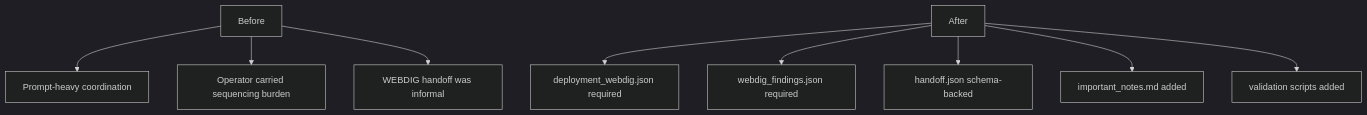
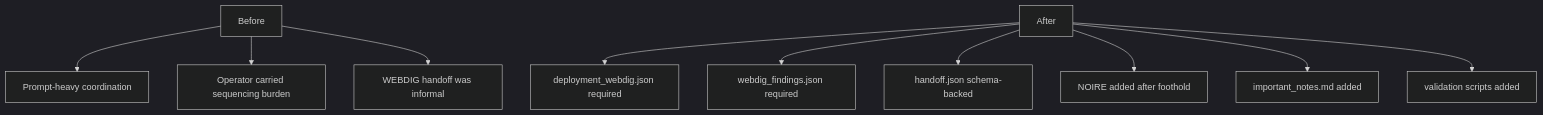
Before and after one commit to K3m1st/IRONTHREAD: the seventh of 8 diagrams in docs/INFRA_WIREFRAME.md, drawn with Mermaid (dark theme). The commit also changed other lines of this file and 24 other files, not shown here.

````diff
--- a/docs/INFRA_WIREFRAME.md
+++ b/docs/INFRA_WIREFRAME.md
@@ -175,12 +202,13 @@
 ```mermaid
 flowchart TD
     A["Before"] --> A1["Prompt-heavy coordination"]
     A --> A2["Operator carried sequencing burden"]
     A --> A3["WEBDIG handoff was informal"]
 
     B["After"] --> B1["deployment_webdig.json required"]
     B --> B2["webdig_findings.json required"]
     B --> B3["handoff.json schema-backed"]
-    B --> B4["important_notes.md added"]
-    B --> B5["validation scripts added"]
+    B --> B4["NOIRE added after foothold"]
+    B --> B5["important_notes.md added"]
+    B --> B6["validation scripts added"]
 ```
````
